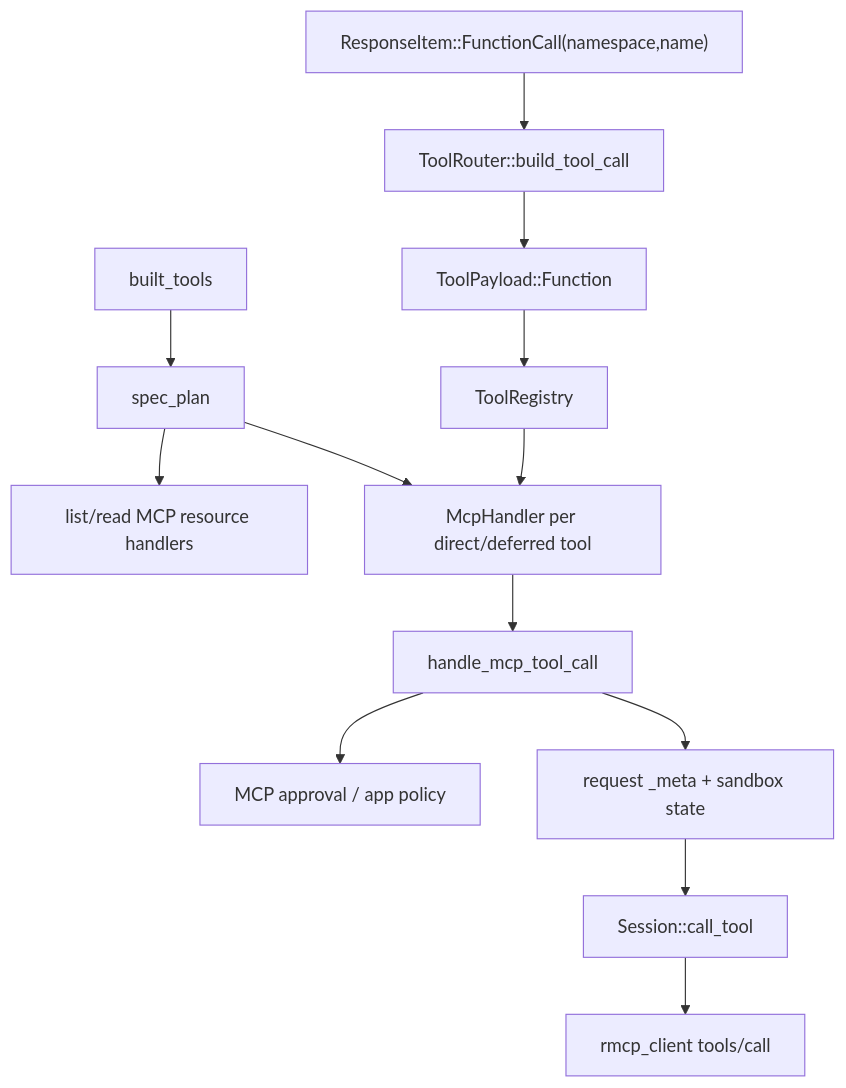
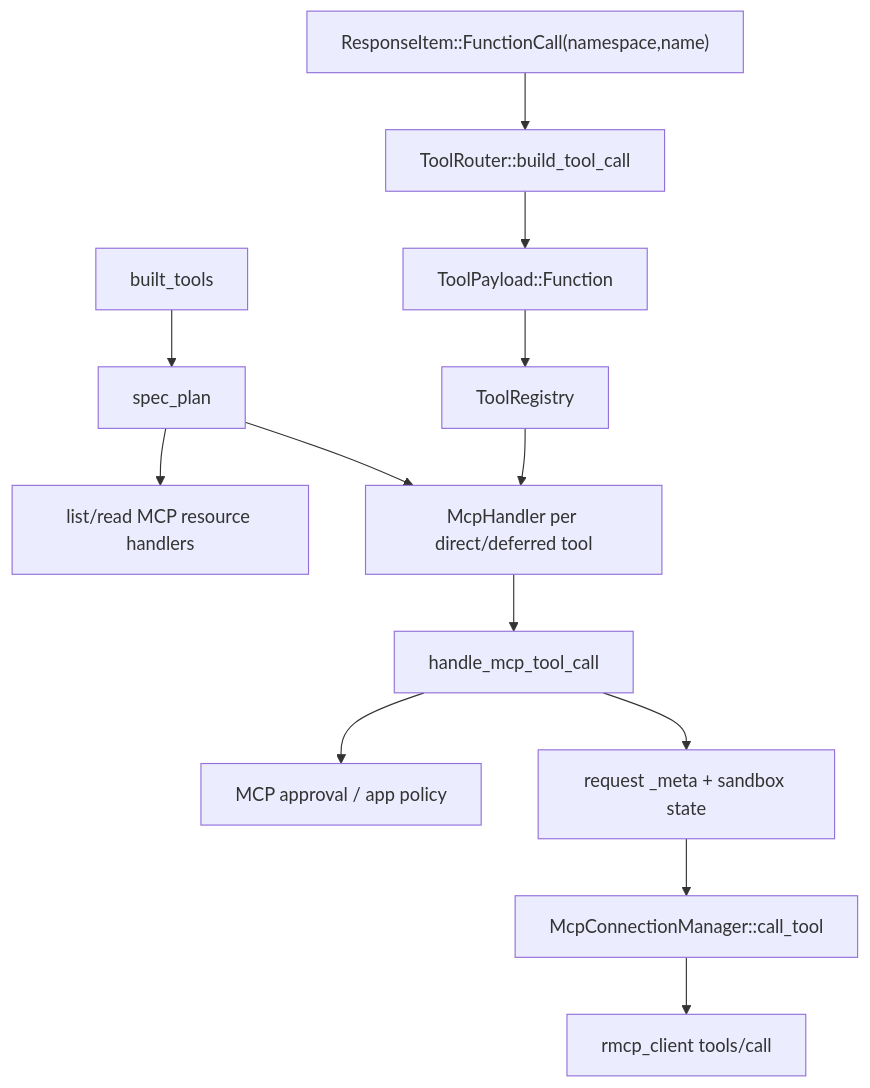
One commit to wdnmdtonyma/SOTA-Agent-LLM-Wiki changed the diagram in docs/llm-wiki/codex/spine/trace-mcp-call.md. Above: the diagram before and after it, drawn with Mermaid. The commit also changed other lines of this file and 544 other files, not shown here.

````diff
--- a/docs/llm-wiki/codex/spine/trace-mcp-call.md
+++ b/docs/llm-wiki/codex/spine/trace-mcp-call.md
@@ -24,15 +24,15 @@
 ```mermaid
 flowchart TD
     TURN["built_tools"] --> PLAN["spec_plan"]
     PLAN --> RESOURCE["list/read MCP resource handlers"]
     PLAN --> HANDLER["McpHandler per direct/deferred tool"]
     MODEL["ResponseItem::FunctionCall(namespace,name)"] --> ROUTER["ToolRouter::build_tool_call"]
     ROUTER --> PAYLOAD["ToolPayload::Function"]
     PAYLOAD --> REGISTRY["ToolRegistry"]
     REGISTRY --> HANDLER
     HANDLER --> TRACE["handle_mcp_tool_call"]
     TRACE --> APPROVAL["MCP approval / app policy"]
     TRACE --> META["request _meta + sandbox state"]
-    META --> SESSION["Session::call_tool"]
+    META --> SESSION["McpConnectionManager::call_tool"]
     SESSION --> RMCP["rmcp_client tools/call"]
 ```
````
